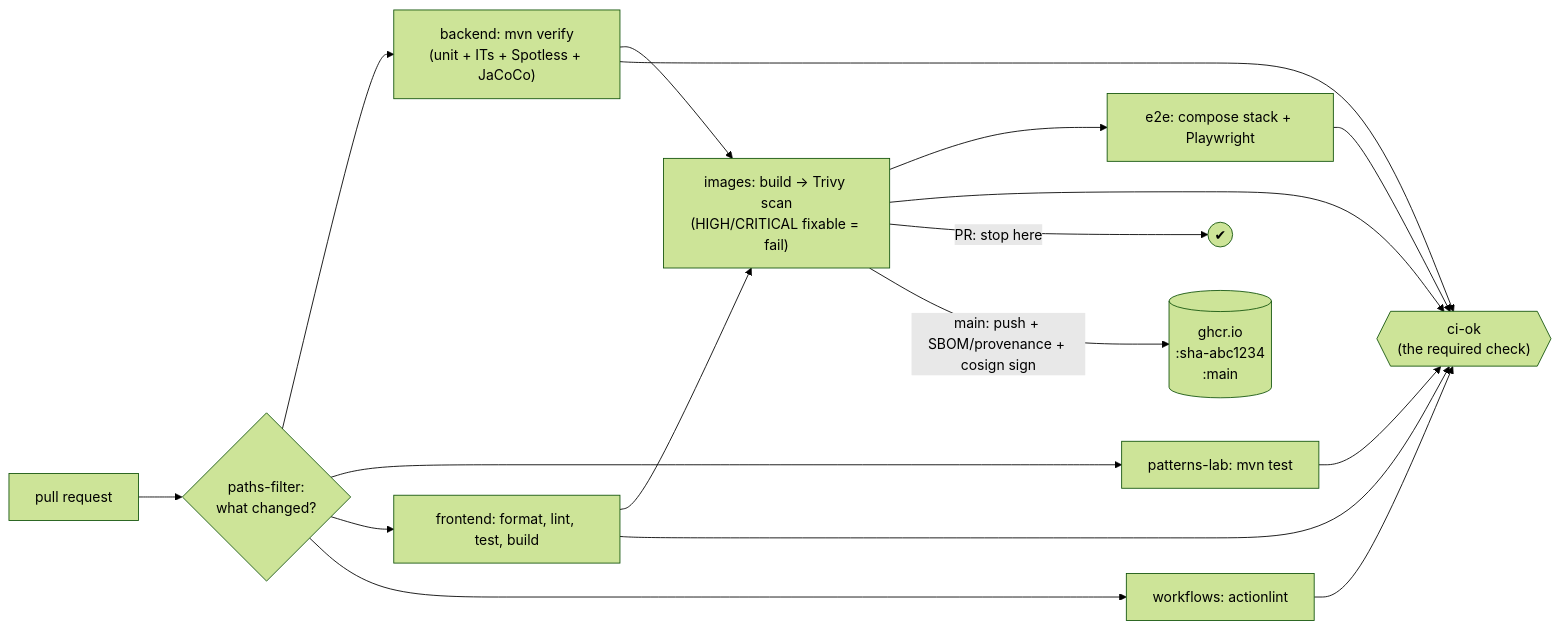
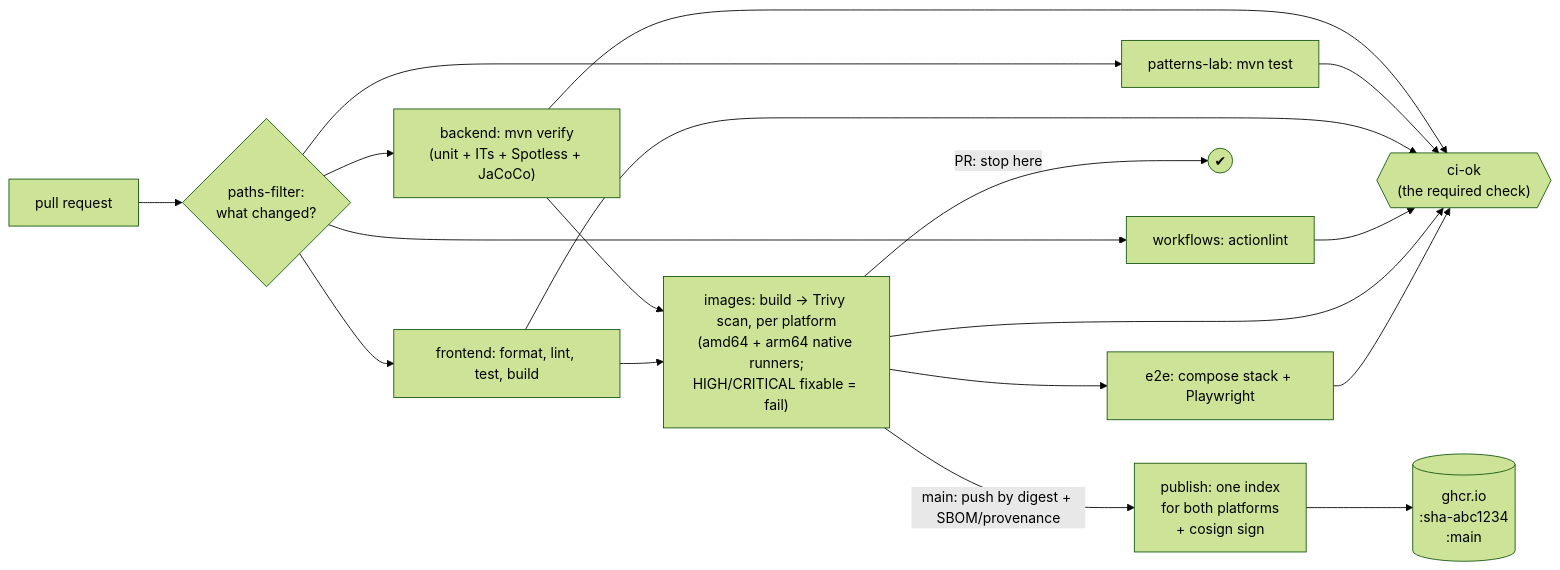
Before and after one commit to b-nimai/Masternova-Spring: the first of 3 diagrams in patterns/devops/04-ci-cd-pipeline.md, drawn with Mermaid (forest theme). The commit also changed other lines of this file and 6 other files, not shown here.

First line of the commit message:
fix(ci): publish amd64 + arm64 images; bump.sh checks both platforms

````diff
--- a/patterns/devops/04-ci-cd-pipeline.md
+++ b/patterns/devops/04-ci-cd-pipeline.md
@@ -35,13 +35,14 @@
 ```mermaid
 flowchart LR
   PR["pull request"] --> F{"paths-filter:<br/>what changed?"}
   F --> B["backend: mvn verify<br/>(unit + ITs + Spotless + JaCoCo)"]
   F --> L["patterns-lab: mvn test"]
   F --> W["frontend: format, lint, test, build"]
   F --> A["workflows: actionlint"]
-  B & W --> I["images: build → Trivy scan<br/>(HIGH/CRITICAL fixable = fail)"]
+  B & W --> I["images: build → Trivy scan, per platform<br/>(amd64 + arm64 native runners;<br/>HIGH/CRITICAL fixable = fail)"]
   I --> E["e2e: compose stack + Playwright"]
   B & L & W & A & I & E --> OK{{"ci-ok<br/>(the required check)"}}
   I -- "PR: stop here" --> X(("✔"))
-  I -- "main: push + SBOM/provenance + cosign sign" --> G[("ghcr.io<br/>:sha-abc1234<br/>:main")]
+  I -- "main: push by digest + SBOM/provenance" --> P["publish: one index<br/>for both platforms<br/>+ cosign sign"]
+  P --> G[("ghcr.io<br/>:sha-abc1234<br/>:main")]
 ```
````
